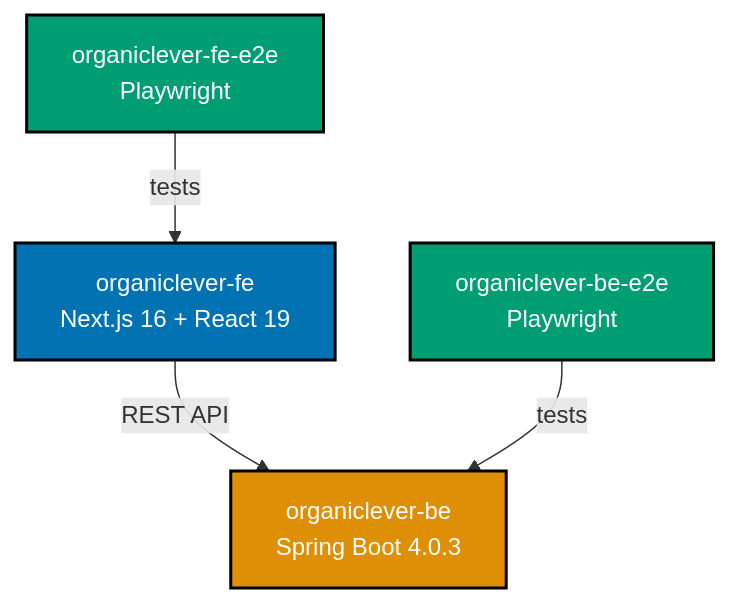
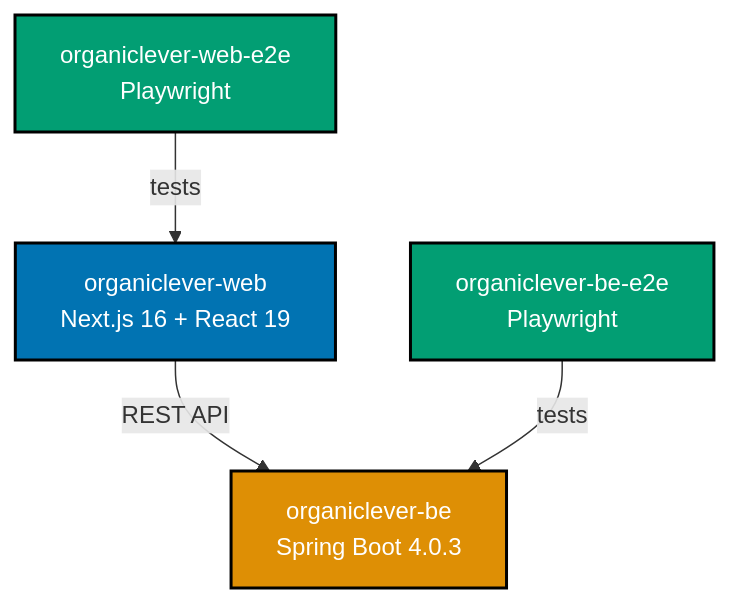
One commit to wahidyankf/open-sharia-enterprise changed the first of 2 diagrams in apps/oseplatform-web/content/updates/2026-03-08-phase-1-week-4-organiclever-takes-shape.md. Above: the diagram before and after it, drawn with Mermaid. The commit also changed other lines of this file and 193 other files, not shown here.

First line of the commit message:
refactor(organiclever): rename organiclever-fe* to organiclever-web*

````diff
--- a/apps/oseplatform-web/content/updates/2026-03-08-phase-1-week-4-organiclever-takes-shape.md
+++ b/apps/oseplatform-web/content/updates/2026-03-08-phase-1-week-4-organiclever-takes-shape.md
@@ -31,16 +31,16 @@
 ```mermaid
 %% Color Palette: Blue #0173B2 (frontend), Orange #DE8F05 (backend), Teal #029E73 (testing)
 graph TD
-    OW["organiclever-fe<br/>Next.js 16 + React 19"]:::frontend
+    OW["organiclever-web<br/>Next.js 16 + React 19"]:::frontend
     OB["organiclever-be<br/>Spring Boot 4.0.3"]:::backend
-    OWE["organiclever-fe-e2e<br/>Playwright"]:::testing
+    OWE["organiclever-web-e2e<br/>Playwright"]:::testing
     OBE["organiclever-be-e2e<br/>Playwright"]:::testing
 
     OW -->|"REST API"| OB
     OWE -->|"tests"| OW
     OBE -->|"tests"| OB
 
     classDef frontend fill:#0173B2,stroke:#000000,color:#FFFFFF,stroke-width:2px
     classDef backend fill:#DE8F05,stroke:#000000,color:#FFFFFF,stroke-width:2px
     classDef testing fill:#029E73,stroke:#000000,color:#FFFFFF,stroke-width:2px
 ```
````
